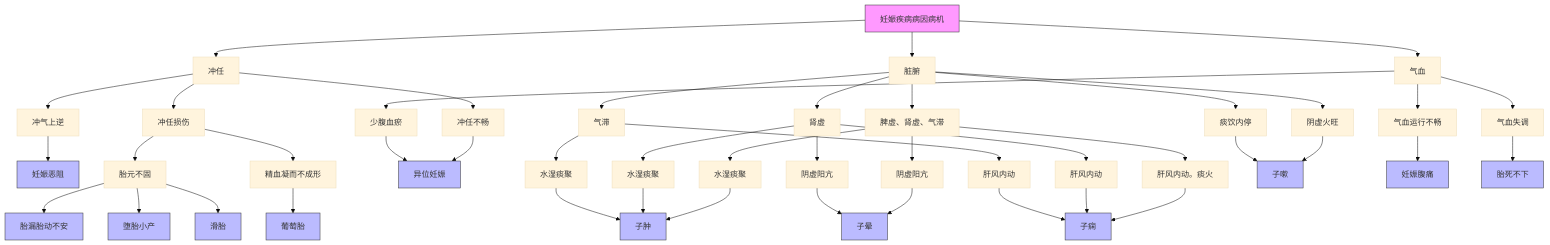
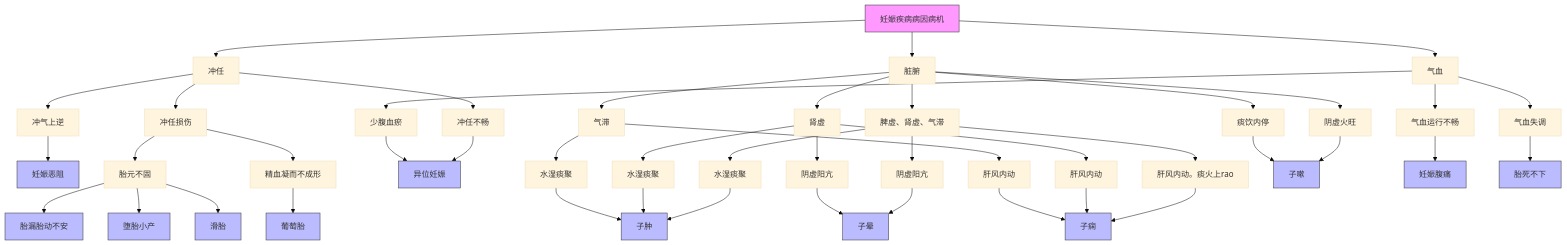
Before and after one commit to lili23755/iodraw-files: the diagram in all/未命名.md, drawn with Mermaid (base theme).

Commit message:
2025-04-04 11:03:30 update

````diff
--- a/all/未命名.md
+++ b/all/未命名.md
@@ -1,41 +1,41 @@
 ```mermaid
 flowchart TD
     A[妊娠疾病病因病机] --> B[冲任]
     A --> C[脏腑]
     A --> D[气血]
     
     B --> B1[冲气上逆] --> 妊娠恶阻
     B --> B2[冲任损伤] --> B2a[胎元不固] -->胎漏胎动不安 & 堕胎小产 & 滑胎
     B2[冲任损伤] --> B2b[精血凝而不成形] -->葡萄胎 
     B --> B3[冲任不畅] --> 异位妊娠
     
     C --> C1[脾虚、肾虚、气滞] --> C1a[水湿痰聚] --> 子肿
-    C1 --> C1b[肝风内动。痰火] --> 子痫
+    C1 --> C1b[肝风内动。痰火上rao] --> 子痫
     C1 --> C1c[阴虚阳亢] --> 子晕
     C --> C2[肾虚] --> C2a[水湿痰聚] --> 子肿
     C2 --> C2b[肝风内动] --> 子痫
     C2 --> C2c[阴虚阳亢] --> 子晕
     C --> C3[气滞] --> C3a[水湿痰聚] --> 子肿
     C3 --> C3b[肝风内动] --> 子痫
     C --> C4[阴虚火旺] --> 子嗽
     C --> C5[痰饮内停] --> 子嗽
     
     D --> D1[气血运行不畅] --> 妊娠腹痛
     D --> D2[气血失调] --> 胎死不下
     D --> D3[少腹血瘀] --> 异位妊娠
 
     style A fill:#f9f,stroke:#333
     style 妊娠恶阻 fill:#bbf,stroke:#333
     style 堕胎小产 fill:#bbf,stroke:#333
     style 滑胎 fill:#bbf,stroke:#333
     style 异位妊娠 fill:#bbf,stroke:#333
     style 子肿 fill:#bbf,stroke:#333
     style 子痫 fill:#bbf,stroke:#333
     style 胎漏胎动不安 fill:#bbf,stroke:#333
     style 胎死不下 fill:#bbf,stroke:#333
     style 妊娠腹痛 fill:#bbf,stroke:#333
     style 葡萄胎 fill:#bbf,stroke:#333
     style 子晕 fill:#bbf,stroke:#333
     style 子嗽 fill:#bbf,stroke:#333
 	  
 ```
````
